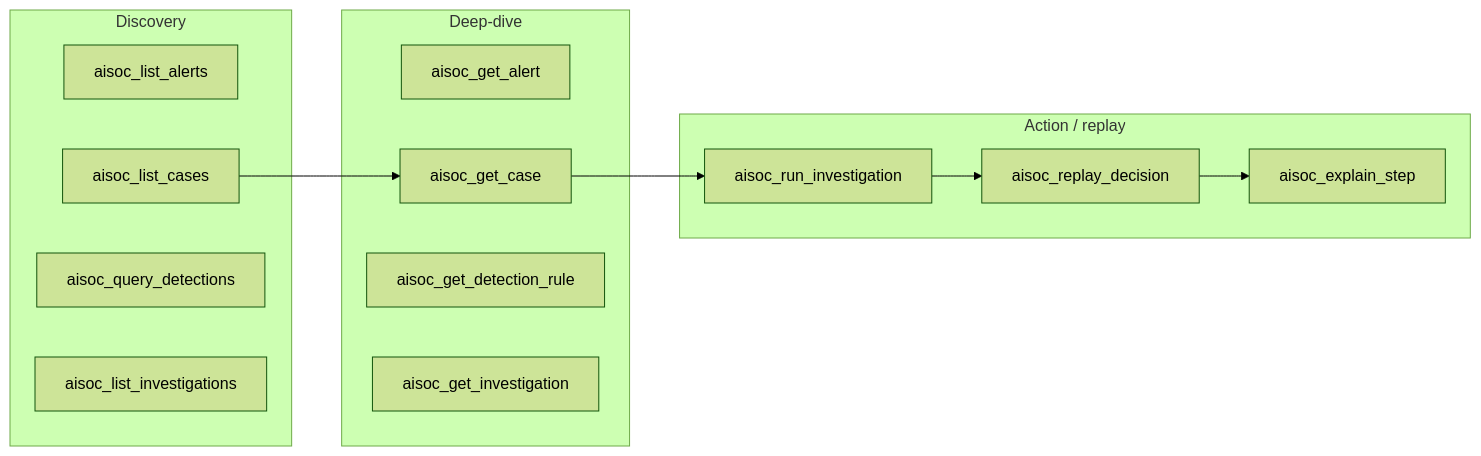
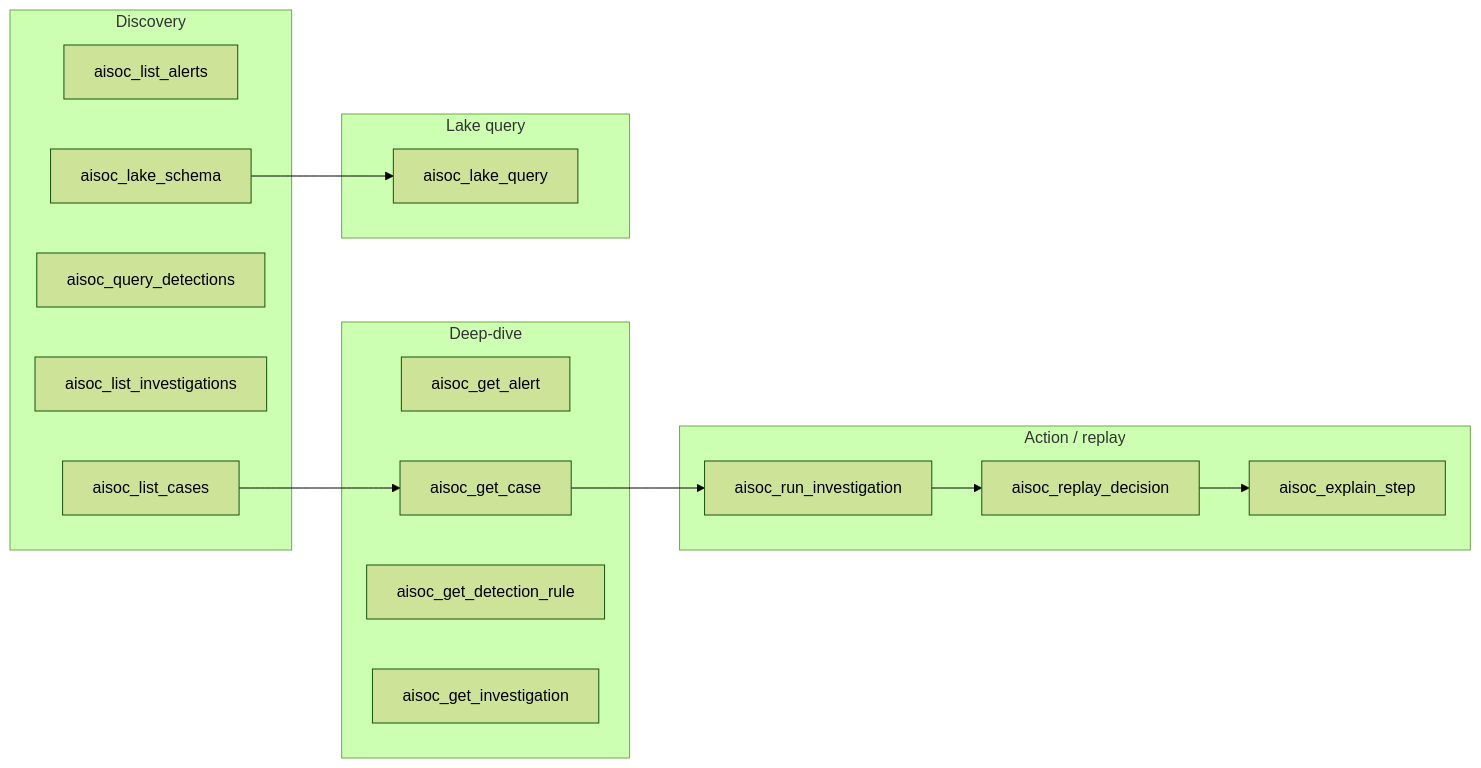
One commit to beenuar/AiSOC changed the diagram in apps/docs/docs/integrations/mcp.md. Above: the diagram before and after it, drawn with Mermaid (forest theme). The commit also changed other lines of this file and 8 other files, not shown here.

````diff
--- a/apps/docs/docs/integrations/mcp.md
+++ b/apps/docs/docs/integrations/mcp.md
@@ -66,21 +66,26 @@
 ```mermaid
 graph LR
   subgraph Discovery
     A1[aisoc_list_alerts]
     A2[aisoc_list_cases]
     A3[aisoc_query_detections]
     A4[aisoc_list_investigations]
+    A5[aisoc_lake_schema]
   end
   subgraph Deep-dive
     B1[aisoc_get_alert]
     B2[aisoc_get_case]
     B3[aisoc_get_detection_rule]
     B4[aisoc_get_investigation]
   end
+  subgraph Lake query
+    D1[aisoc_lake_query]
+  end
   subgraph Action / replay
     C1[aisoc_run_investigation]
     C2[aisoc_replay_decision]
     C3[aisoc_explain_step]
   end
   A2 --> B2 --> C1 --> C2 --> C3
+  A5 --> D1
 ```
````
